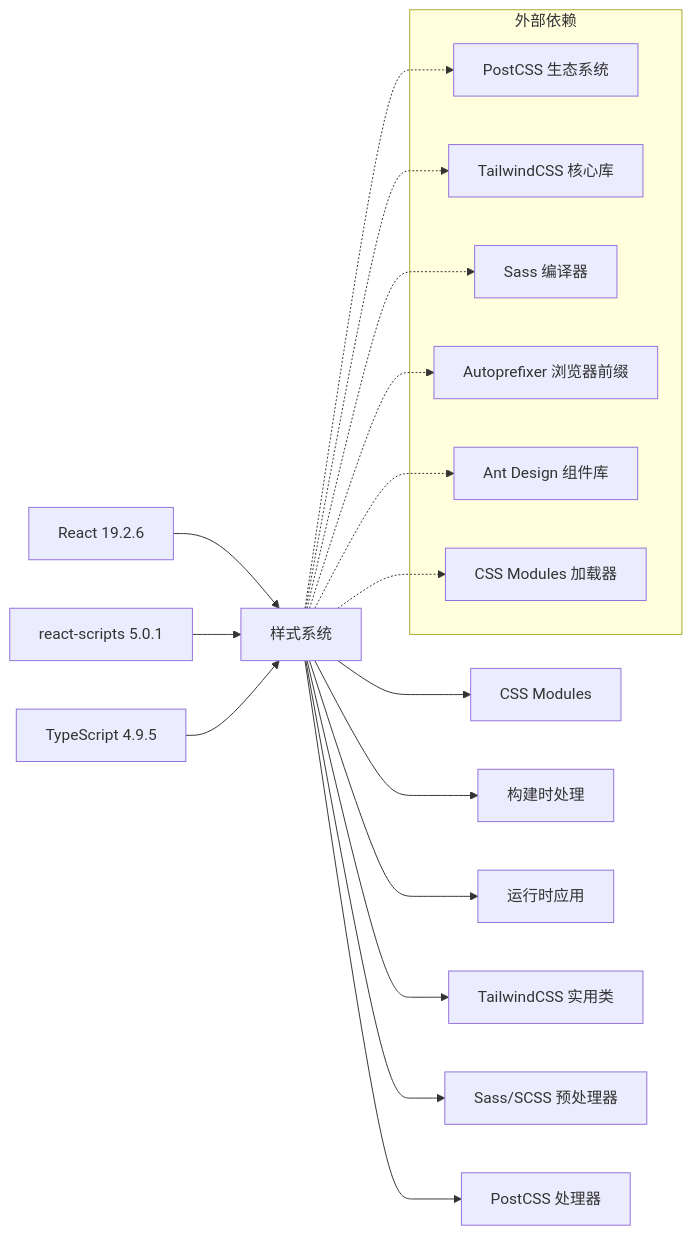
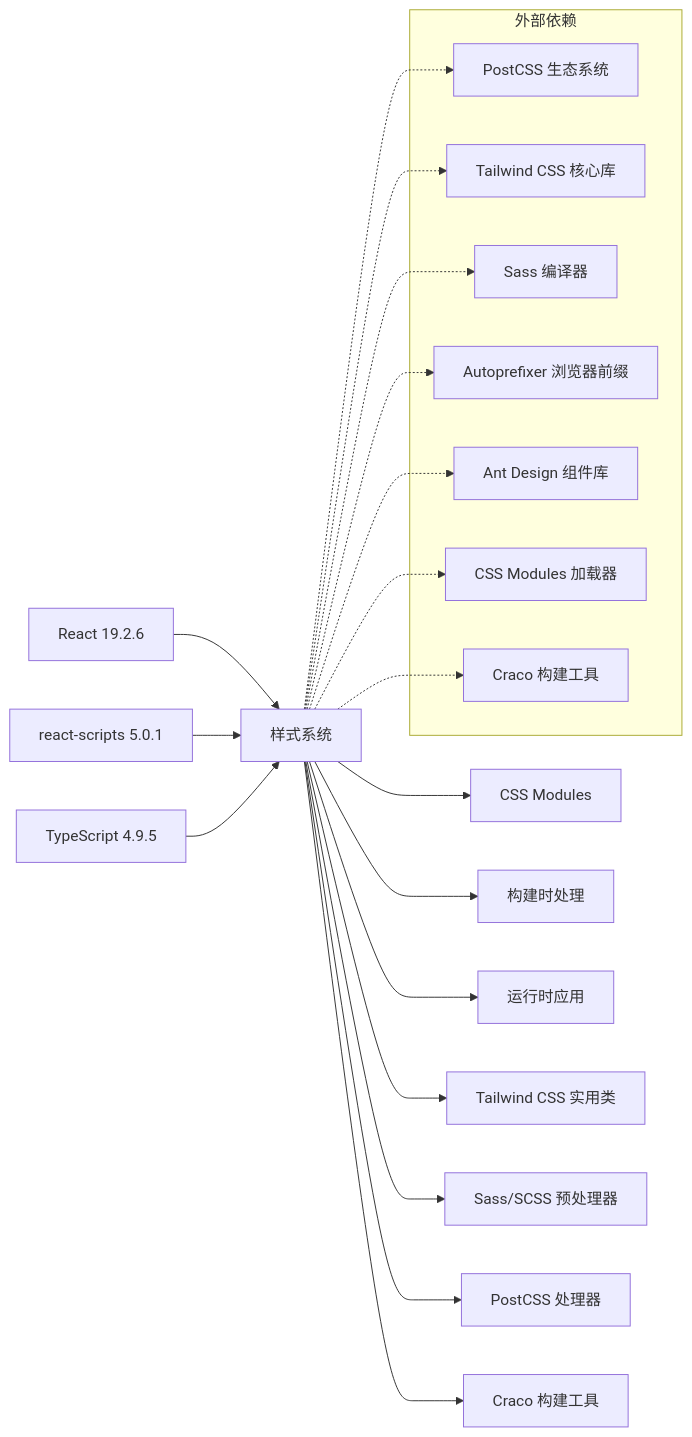
Before and after one commit to kkxxll/reactNext: the seventh of 7 diagrams in .qoder/repowiki/zh/content/核心组件/样式系统.md, drawn with Mermaid. The commit also changed other lines of this file and 12 other files, not shown here.

````diff
--- a/.qoder/repowiki/zh/content/核心组件/样式系统.md
+++ b/.qoder/repowiki/zh/content/核心组件/样式系统.md
@@ -422,26 +499,29 @@
 ```mermaid
 graph LR
 A[React 19.2.6] --> B[样式系统]
 C[react-scripts 5.0.1] --> B
 D[TypeScript 4.9.5] --> B
 B --> E[CSS Modules]
 B --> F[构建时处理]
 B --> G[运行时应用]
-B --> H[TailwindCSS 实用类]
+B --> H[Tailwind CSS 实用类]
 B --> I[Sass/SCSS 预处理器]
 B --> J[PostCSS 处理器]
+B --> K[Craco 构建工具]
 subgraph "外部依赖"
-K[PostCSS 生态系统]
-L[TailwindCSS 核心库]
-M[Sass 编译器]
-N[Autoprefixer 浏览器前缀]
-O[Ant Design 组件库]
-P[CSS Modules 加载器]
+L[PostCSS 生态系统]
+M[Tailwind CSS 核心库]
+N[Sass 编译器]
+O[Autoprefixer 浏览器前缀]
+P[Ant Design 组件库]
+Q[CSS Modules 加载器]
+R[Craco 构建工具]
 end
-B -.-> K
 B -.-> L
 B -.-> M
 B -.-> N
 B -.-> O
 B -.-> P
+B -.-> Q
+B -.-> R
 ```
````
